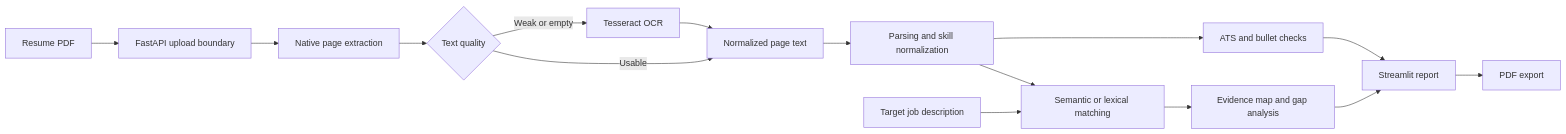
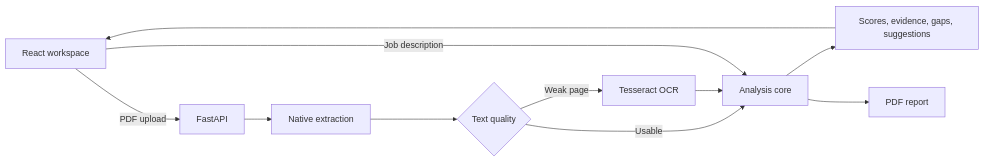
One commit to rammohanrediee/cvlens changed the diagram in README.md. Above: the diagram before and after it, drawn with Mermaid. The commit also changed other lines of this file and 6 other files, not shown here.

````diff
--- a/README.md
+++ b/README.md
@@ -72,17 +74,13 @@
 ```mermaid
 flowchart LR
-    A[Resume PDF] --> API[FastAPI upload boundary]
-    API --> B[Native page extraction]
-    B --> C{Text quality}
-    C -->|Usable| D[Normalized page text]
-    C -->|Weak or empty| E[Tesseract OCR]
-    E --> D
-    D --> F[Parsing and skill normalization]
-    G[Target job description] --> H[Semantic or lexical matching]
-    F --> H
-    F --> I[ATS and bullet checks]
-    H --> J[Evidence map and gap analysis]
-    I --> K[Streamlit report]
-    J --> K
-    K --> L[PDF export]
+    U[React workspace] -->|PDF upload| API[FastAPI]
+    API --> X[Native extraction]
+    X --> Q{Text quality}
+    Q -->|Usable| A[Analysis core]
+    Q -->|Weak page| O[Tesseract OCR]
+    O --> A
+    U -->|Job description| A
+    A --> R[Scores, evidence, gaps, suggestions]
+    R --> U
+    A --> P[PDF report]
 ```
````
